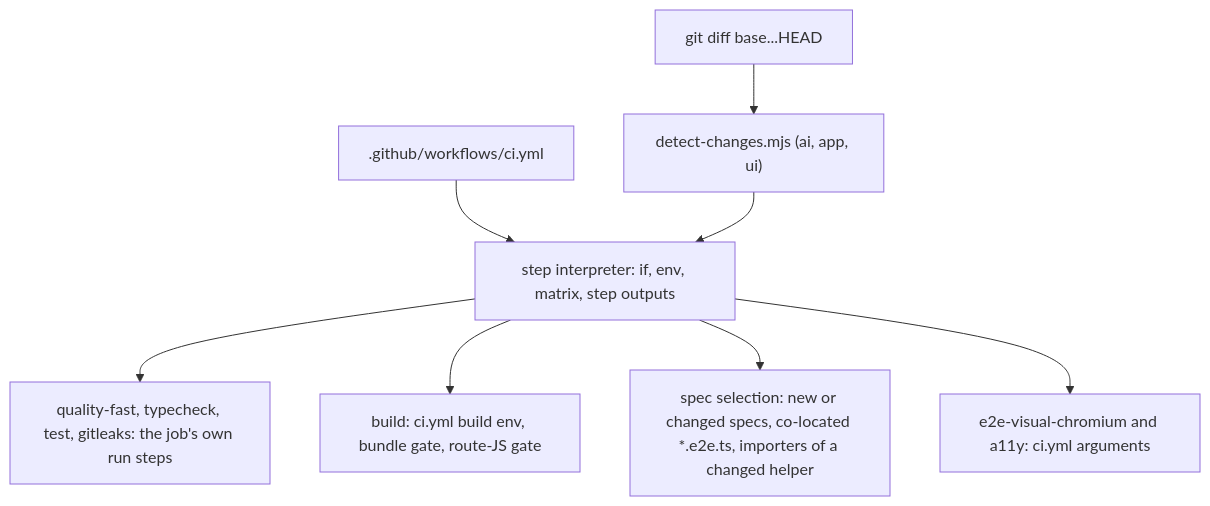
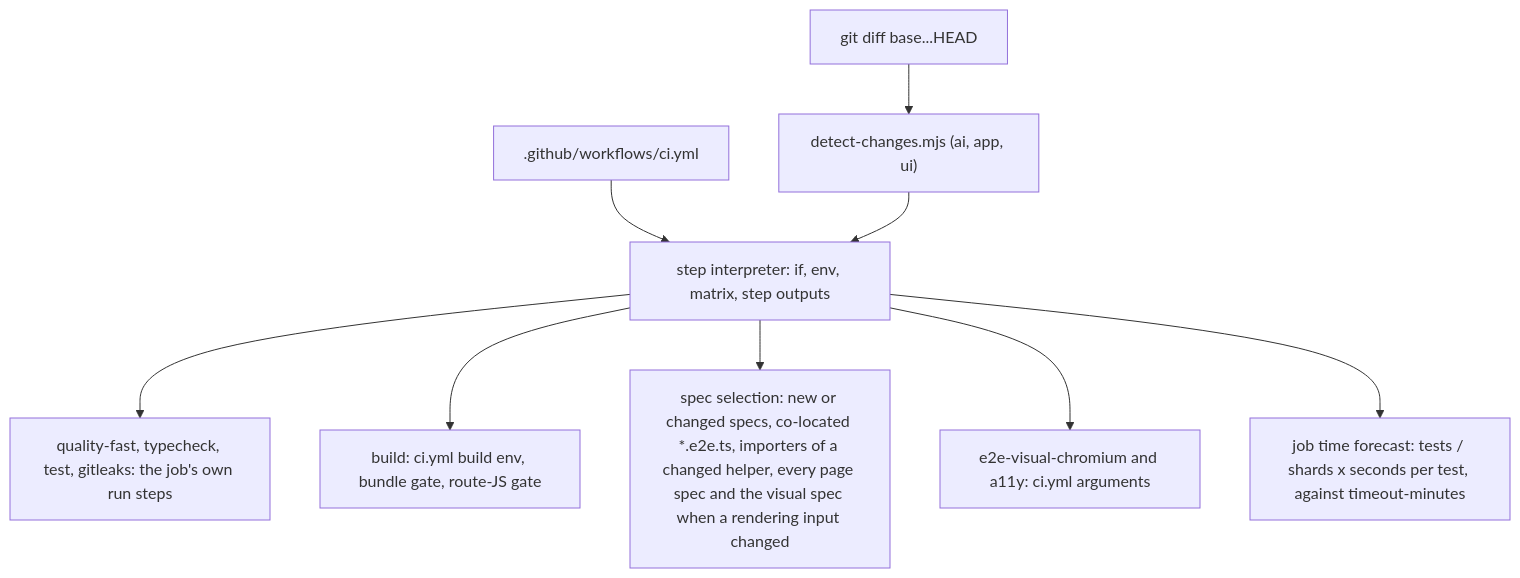
Before and after one commit to erikunha/portfolio: the first of 8 diagrams in docs/07-workflows.md, drawn with Mermaid. The commit also changed other lines of this file and 5 other files, not shown here.

````diff
--- a/docs/07-workflows.md
+++ b/docs/07-workflows.md
@@ -68,10 +68,11 @@
 ```mermaid
 flowchart TD
     git["git diff base...HEAD"] --> dc["detect-changes.mjs (ai, app, ui)"]
     yml[".github/workflows/ci.yml"] --> eng["step interpreter: if, env, matrix, step outputs"]
     dc --> eng
     eng --> st["quality-fast, typecheck, test, gitleaks: the job's own run steps"]
     eng --> bd["build: ci.yml build env, bundle gate, route-JS gate"]
-    eng --> sel["spec selection: new or changed specs, co-located *.e2e.ts, importers of a changed helper"]
+    eng --> sel["spec selection: new or changed specs, co-located *.e2e.ts, importers of a changed helper, every page spec and the visual spec when a rendering input changed"]
     eng --> vis["e2e-visual-chromium and a11y: ci.yml arguments"]
+    eng --> fc["job time forecast: tests / shards x seconds per test, against timeout-minutes"]
 ```
````
